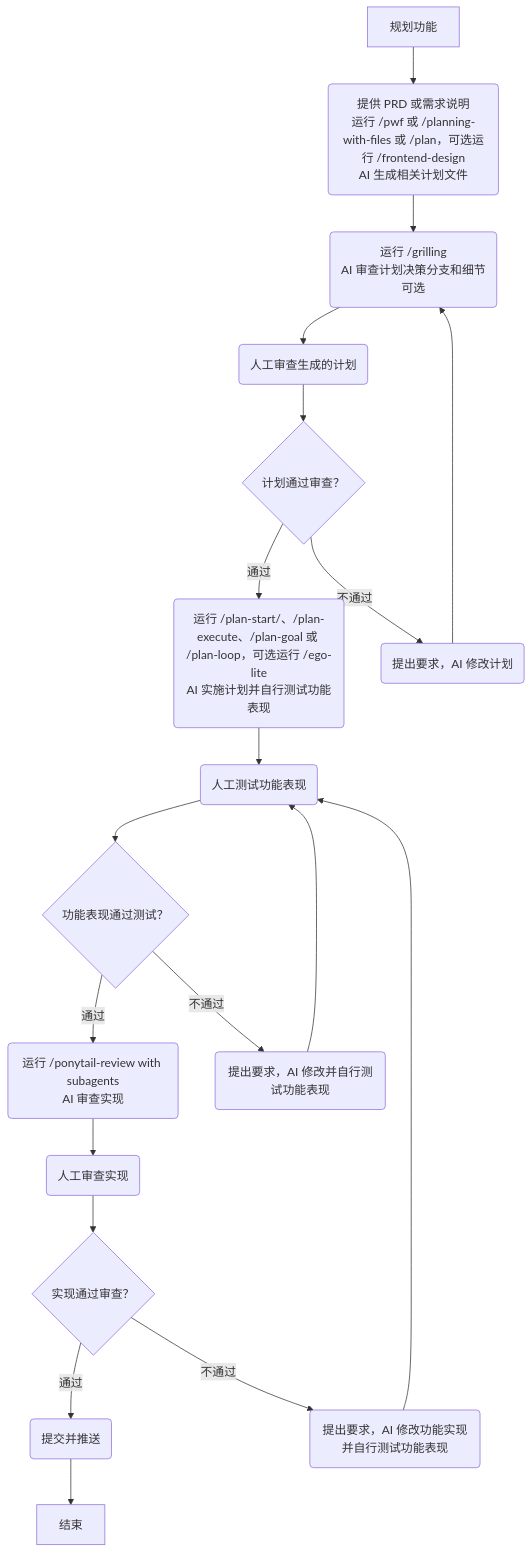
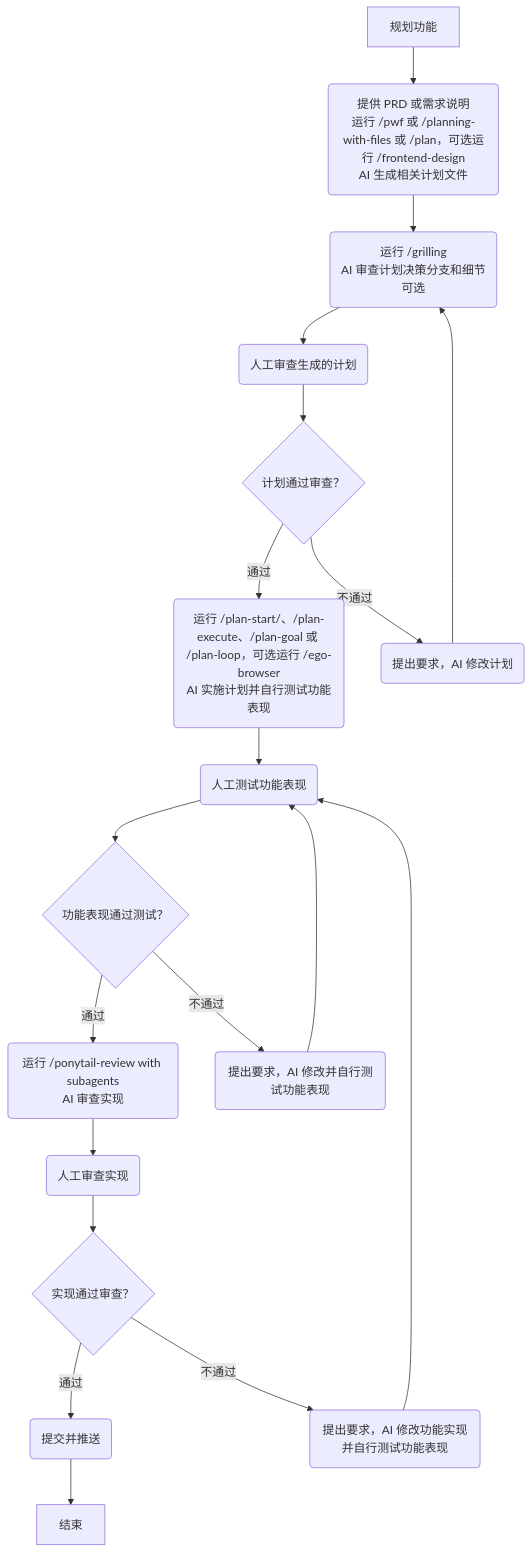
One commit to ModyQyW/ai changed the first of 3 diagrams in README.zh-CN.md. Above: the diagram before and after it, drawn with Mermaid. The commit also changed other lines of this file and 1 other file, not shown here.

````diff
--- a/README.zh-CN.md
+++ b/README.zh-CN.md
@@ -111,21 +111,21 @@
 ```mermaid
 flowchart TD
    A[规划功能] --> B(提供 PRD 或需求说明\n运行 /pwf 或 /planning-with-files 或 /plan，可选运行 /frontend-design\nAI 生成相关计划文件)
    B --> C(运行 /grilling\nAI 审查计划决策分支和细节\n可选)
    C --> D(人工审查生成的计划)
    D --> E{计划通过审查？}
-   E -->|通过| F(运行 /plan-start/、/plan-execute、/plan-goal 或 /plan-loop，可选运行 /ego-lite\nAI 实施计划并自行测试功能表现)
+   E -->|通过| F(运行 /plan-start/、/plan-execute、/plan-goal 或 /plan-loop，可选运行 /ego-browser\nAI 实施计划并自行测试功能表现)
    E -->|不通过| G(提出要求，AI 修改计划)
    G --> C
    F --> H(人工测试功能表现)
    H --> I{功能表现通过测试？}
    I -->|通过| J(运行 /ponytail-review with subagents\nAI 审查实现)
    I -->|不通过| K(提出要求，AI 修改并自行测试功能表现)
    K --> H
    J --> L(人工审查实现)
    L --> M{实现通过审查？}
    M -->|通过| N(提交并推送)
    M -->|不通过| O(提出要求，AI 修改功能实现并自行测试功能表现)
    O --> H
    N --> P[结束]
 ```
````
